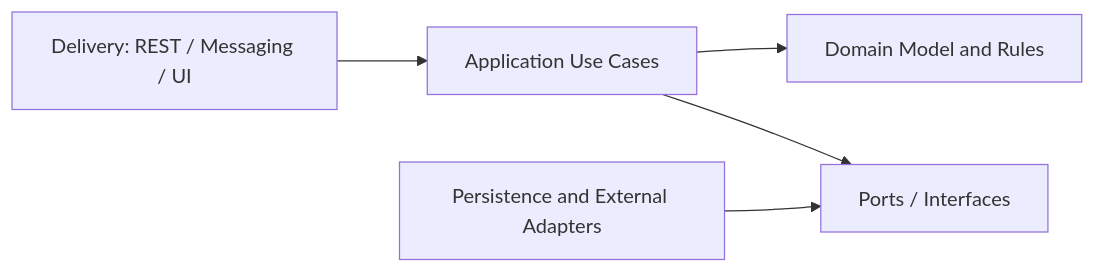
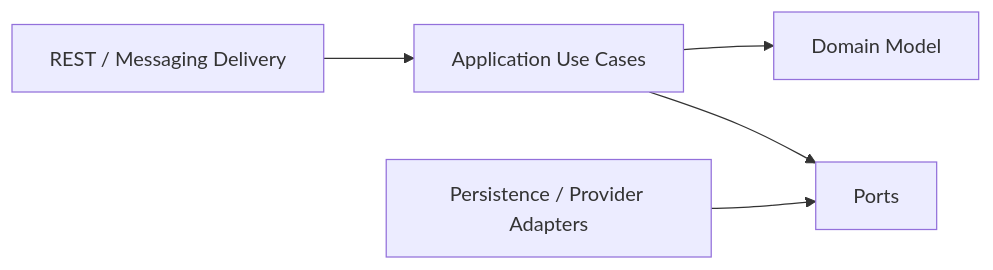
The third of 6 diagrams in docs/03_Architecture/Software_Architecture.md (IoanMarian08/KidsAudioBookPlatform), drawn with Mermaid before and after one commit. The commit also changed other lines of this file, not shown here.

Commit message:
docs(architecture): deepen software architecture specification

````diff
--- a/docs/03_Architecture/Software_Architecture.md
+++ b/docs/03_Architecture/Software_Architecture.md
@@ -383,13 +245,13 @@
 ```mermaid
 graph LR
-    Delivery[Delivery: REST / Messaging / UI]
+    Delivery[REST / Messaging Delivery]
     Application[Application Use Cases]
-    Domain[Domain Model and Rules]
-    Ports[Ports / Interfaces]
-    Adapters[Persistence and External Adapters]
+    Domain[Domain Model]
+    Ports[Ports]
+    Adapters[Persistence / Provider Adapters]
 
     Delivery --> Application
     Application --> Domain
     Application --> Ports
     Adapters --> Ports
 ```
````
